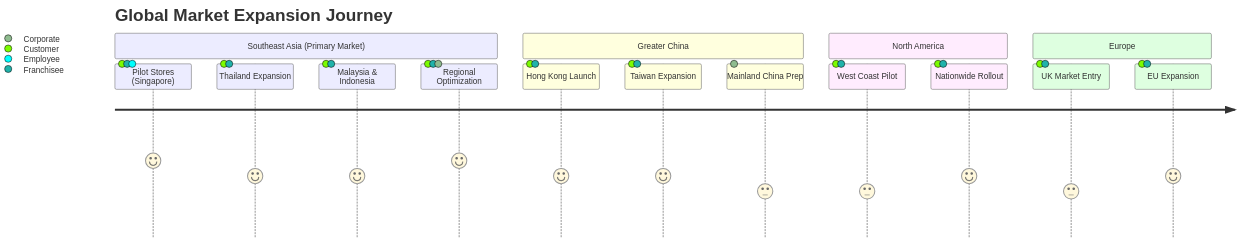
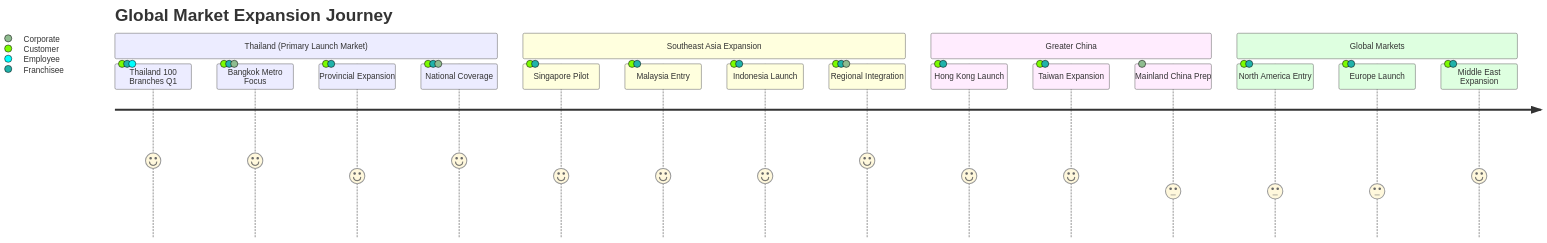
The fifth of 10 diagrams in ROADMAP.md (bemindlab/jianchatea-unity-suite), drawn with Mermaid before and after one commit. The commit also changed other lines of this file and 6 other files, not shown here.

````diff
--- a/ROADMAP.md
+++ b/ROADMAP.md
@@ -146,22 +228,25 @@
 ```mermaid
 journey
     title Global Market Expansion Journey
-    section Southeast Asia (Primary Market)
-    Pilot Stores (Singapore): 5: Customer, Franchisee, Employee
-    Thailand Expansion: 4: Customer, Franchisee
-    Malaysia & Indonesia: 4: Customer, Franchisee
-    Regional Optimization: 5: Customer, Franchisee, Corporate
+    section Thailand (Primary Launch Market)
+    Thailand 100 Branches Q1: 5: Customer, Franchisee, Employee
+    Bangkok Metro Focus: 5: Customer, Franchisee, Corporate
+    Provincial Expansion: 4: Customer, Franchisee
+    National Coverage: 5: Customer, Franchisee, Corporate
+    
+    section Southeast Asia Expansion
+    Singapore Pilot: 4: Customer, Franchisee
+    Malaysia Entry: 4: Customer, Franchisee
+    Indonesia Launch: 4: Customer, Franchisee
+    Regional Integration: 5: Customer, Franchisee, Corporate
     
     section Greater China
     Hong Kong Launch: 4: Customer, Franchisee
     Taiwan Expansion: 4: Customer, Franchisee
     Mainland China Prep: 3: Corporate
     
-    section North America
-    West Coast Pilot: 3: Customer, Franchisee
-    Nationwide Rollout: 4: Customer, Franchisee
-    
-    section Europe
-    UK Market Entry: 3: Customer, Franchisee
-    EU Expansion: 4: Customer, Franchisee
+    section Global Markets
+    North America Entry: 3: Customer, Franchisee
+    Europe Launch: 3: Customer, Franchisee
+    Middle East Expansion: 4: Customer, Franchisee
 ```
````
